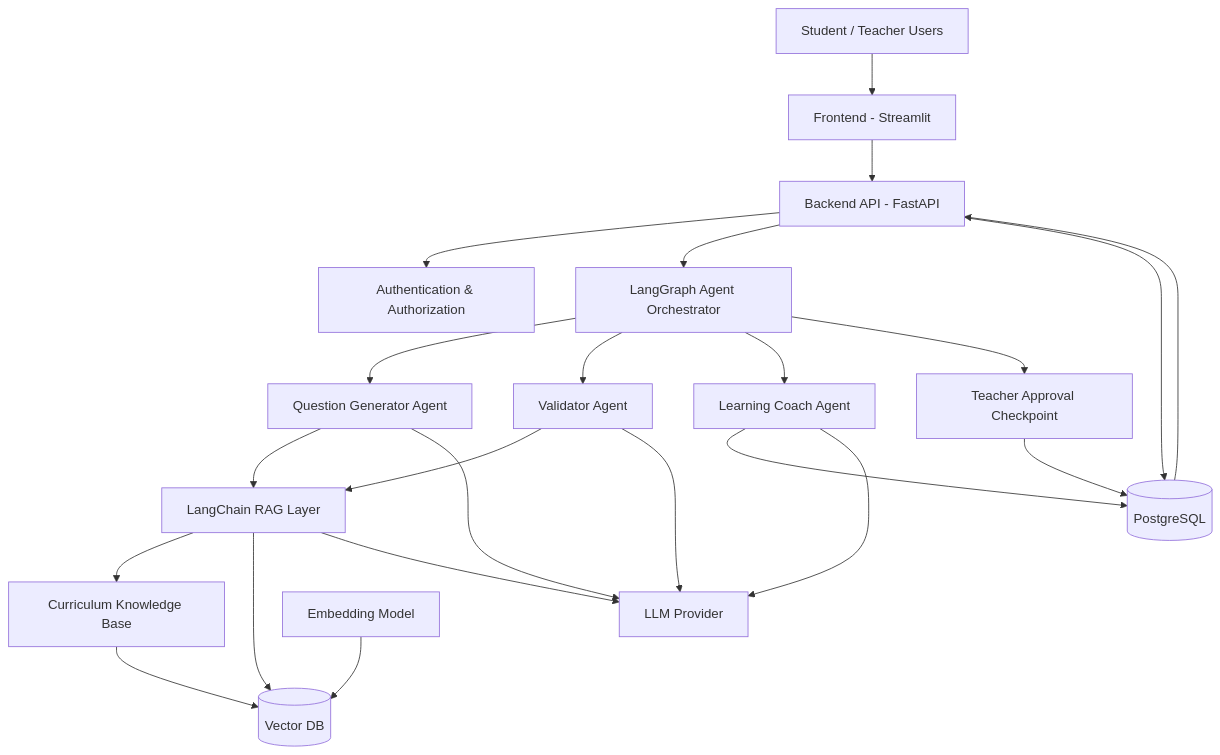
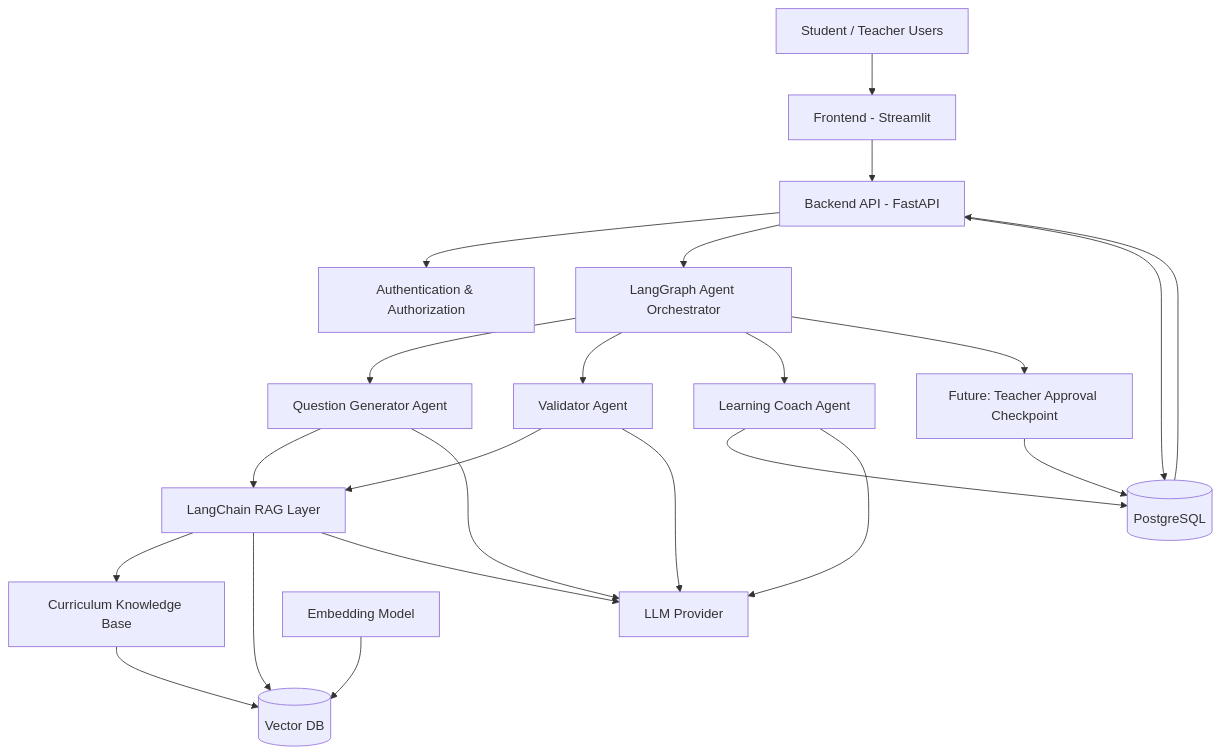
The first of 4 diagrams in docs/capstone-architecture.md (vaibhavk26/AI-Fellows), drawn with Mermaid before and after one commit. The commit also changed other lines of this file and 6 other files, not shown here.

````diff
--- a/docs/capstone-architecture.md
+++ b/docs/capstone-architecture.md
@@ -28,45 +28,45 @@
 ```mermaid
 flowchart TD
     U[Student / Teacher Users]
     FE[Frontend - Streamlit]
     API[Backend API - FastAPI]
     AUTH[Authentication & Authorization]
     LG[LangGraph Agent Orchestrator]
     QG[Question Generator Agent]
     VAL[Validator Agent]
     LC[Learning Coach Agent]
     RAG[LangChain RAG Layer]
     KB[Curriculum Knowledge Base]
     DB[(PostgreSQL)]
     VDB[(Vector DB)]
     LLM[LLM Provider]
     EMB[Embedding Model]
-    TA[Teacher Approval Checkpoint]
+   TA[Future: Teacher Approval Checkpoint]
 
     U --> FE
     FE --> API
     API --> AUTH
     API --> LG
     API --> DB
 
     LG --> QG
     LG --> VAL
     LG --> LC
     LG --> TA
 
     QG --> RAG
     VAL --> RAG
     LC --> DB
     TA --> DB
 
     RAG --> KB
     RAG --> VDB
     RAG --> LLM
     QG --> LLM
     VAL --> LLM
     LC --> LLM
 
     EMB --> VDB
     KB --> VDB
     DB --> API
 ```
````
